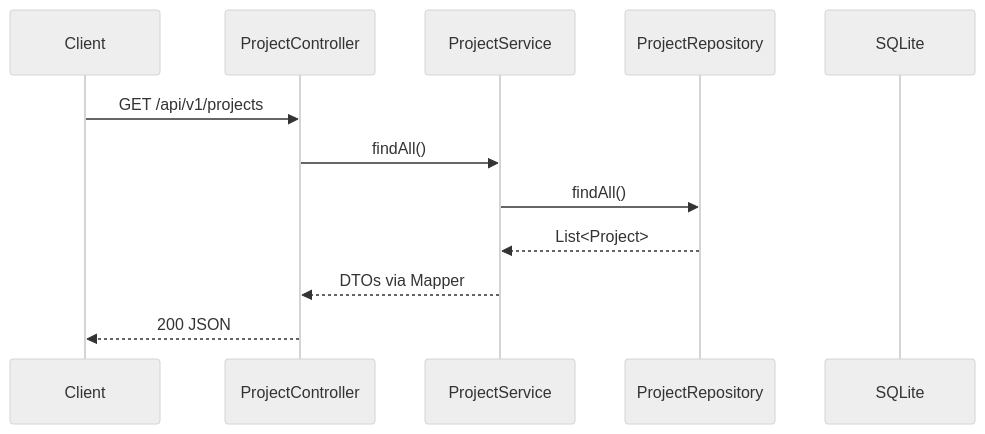
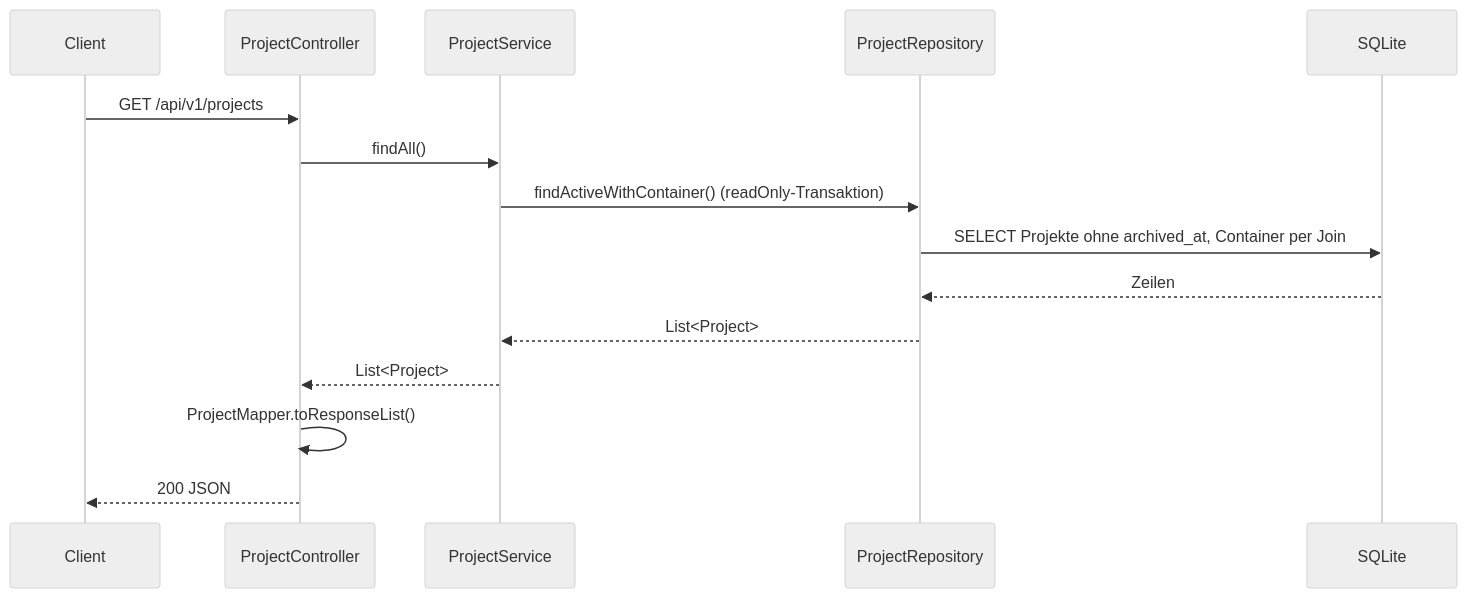
The third of 3 diagrams in docs/request-lifecycle-diagrams.md (FLSEST/MySuricates), drawn with Mermaid (neutral theme) before and after one commit. The commit also changed other lines of this file and 4 other files, not shown here.

First line of the commit message:
docs(diagramme): Request page corrects 403, error format, rate-limit defaults and open endpoints

````diff
--- a/docs/request-lifecycle-diagrams.md
+++ b/docs/request-lifecycle-diagrams.md
@@ -56,15 +56,18 @@
 ```mermaid
 sequenceDiagram
     participant Client
     participant CTR as ProjectController
     participant SVC as ProjectService
     participant REP as ProjectRepository
     participant DB as SQLite
 
     Client->>CTR: GET /api/v1/projects
     CTR->>SVC: findAll()
-    SVC->>REP: findAll()
+    SVC->>REP: findActiveWithContainer() (readOnly-Transaktion)
+    REP->>DB: SELECT Projekte ohne archived_at, Container per Join
+    DB-->>REP: Zeilen
     REP-->>SVC: List<Project>
-    SVC-->>CTR: DTOs via Mapper
+    SVC-->>CTR: List<Project>
+    CTR->>CTR: ProjectMapper.toResponseList()
     CTR-->>Client: 200 JSON
 ```
````
